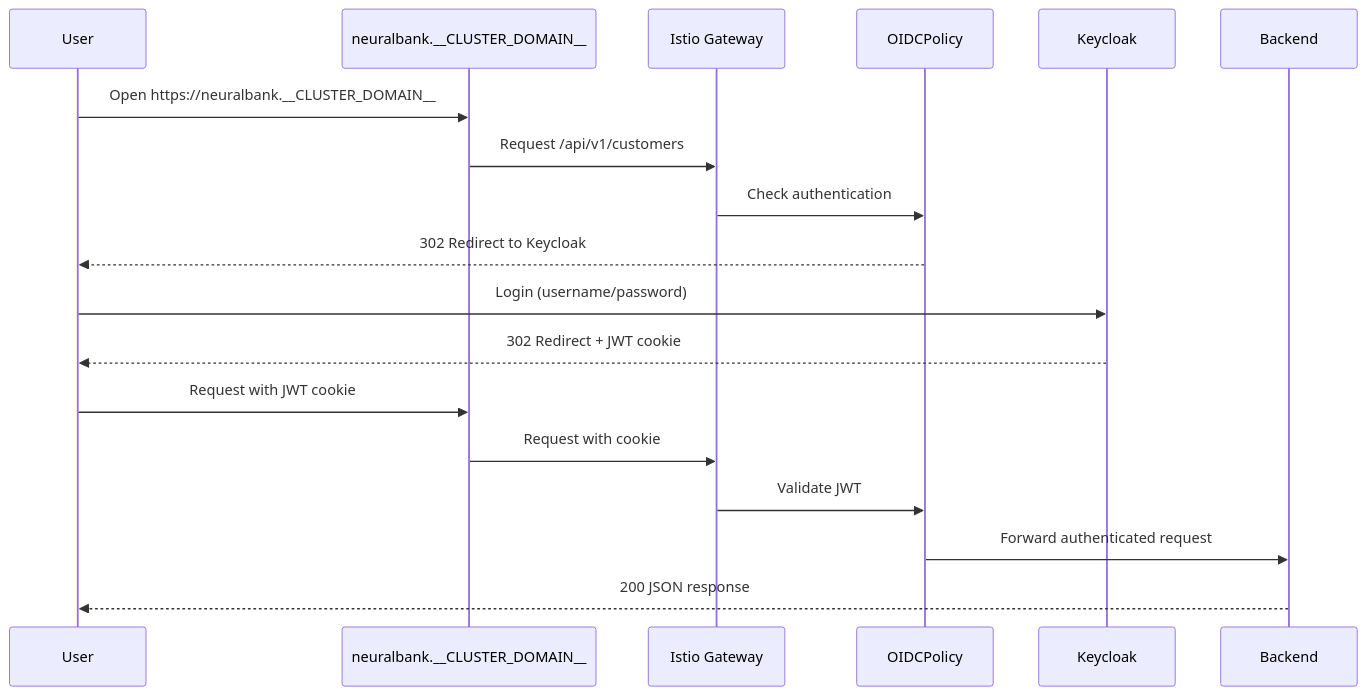
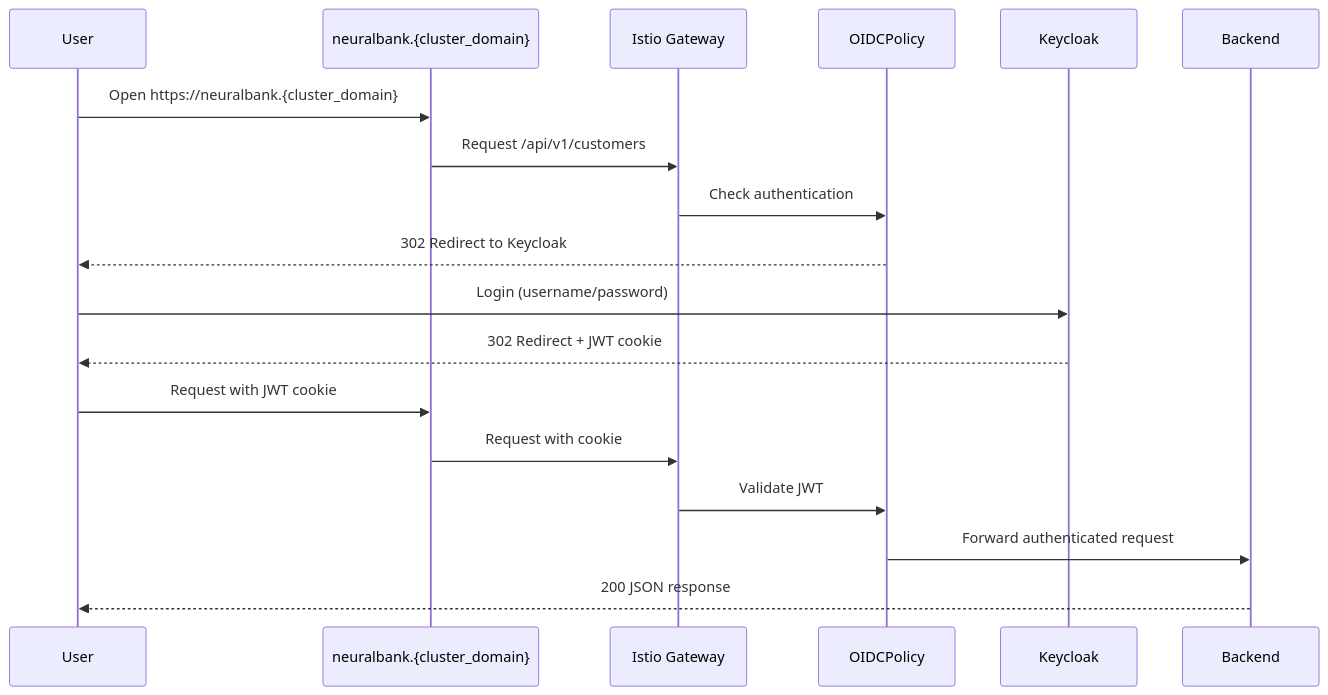
Before and after one commit to maximilianoPizarro/showroom-from-zero-to-hero: the diagram in content/modules/ROOT/pages/09-explore-connectivity-link-oidc.adoc, drawn with Mermaid. The commit also changed other lines of this file and 12 other files, not shown here.

```diff
--- a/content/modules/ROOT/pages/09-explore-connectivity-link-oidc.adoc
+++ b/content/modules/ROOT/pages/09-explore-connectivity-link-oidc.adoc
@@ -99,22 +99,22 @@
 [mermaid]
 ....
 sequenceDiagram
     participant User
-    participant Frontend as neuralbank.__CLUSTER_DOMAIN__
+    participant Frontend as neuralbank.{cluster_domain}
     participant Gateway as Istio Gateway
     participant OIDC as OIDCPolicy
     participant Keycloak
     participant Backend
 
-    User->>Frontend: Open https://neuralbank.__CLUSTER_DOMAIN__
+    User->>Frontend: Open https://neuralbank.{cluster_domain}
     Frontend->>Gateway: Request /api/v1/customers
     Gateway->>OIDC: Check authentication
     OIDC-->>User: 302 Redirect to Keycloak
     User->>Keycloak: Login (username/password)
     Keycloak-->>User: 302 Redirect + JWT cookie
     User->>Frontend: Request with JWT cookie
     Frontend->>Gateway: Request with cookie
     Gateway->>OIDC: Validate JWT
     OIDC->>Backend: Forward authenticated request
     Backend-->>User: 200 JSON response
 ....
```
